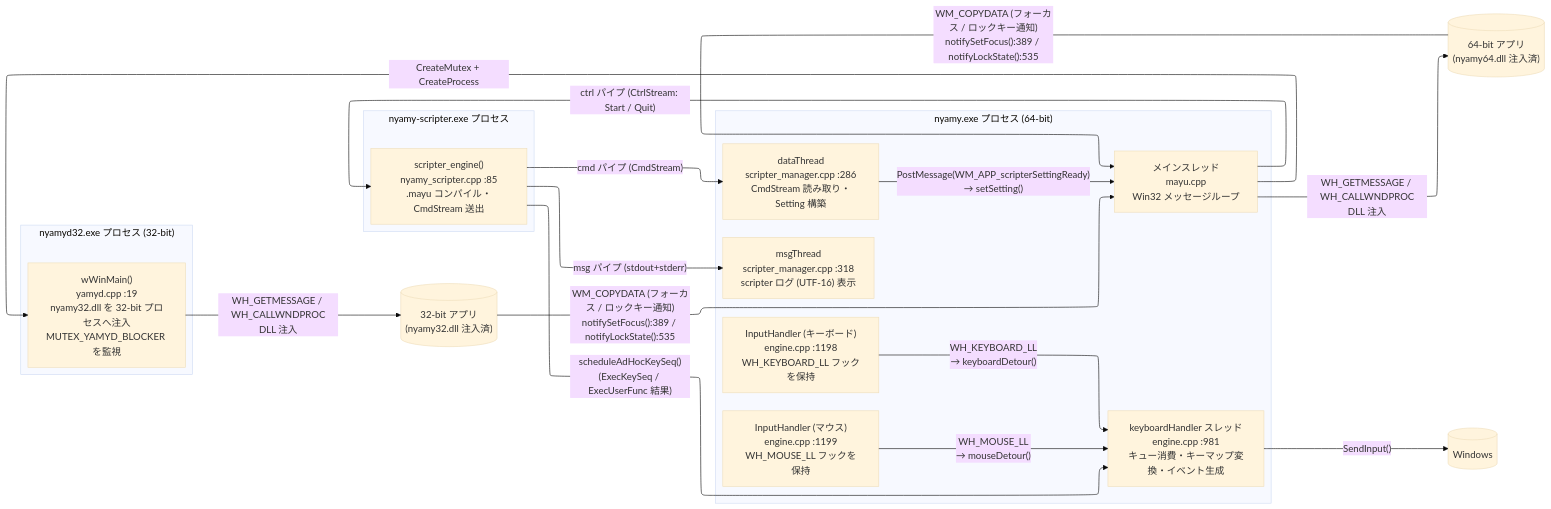
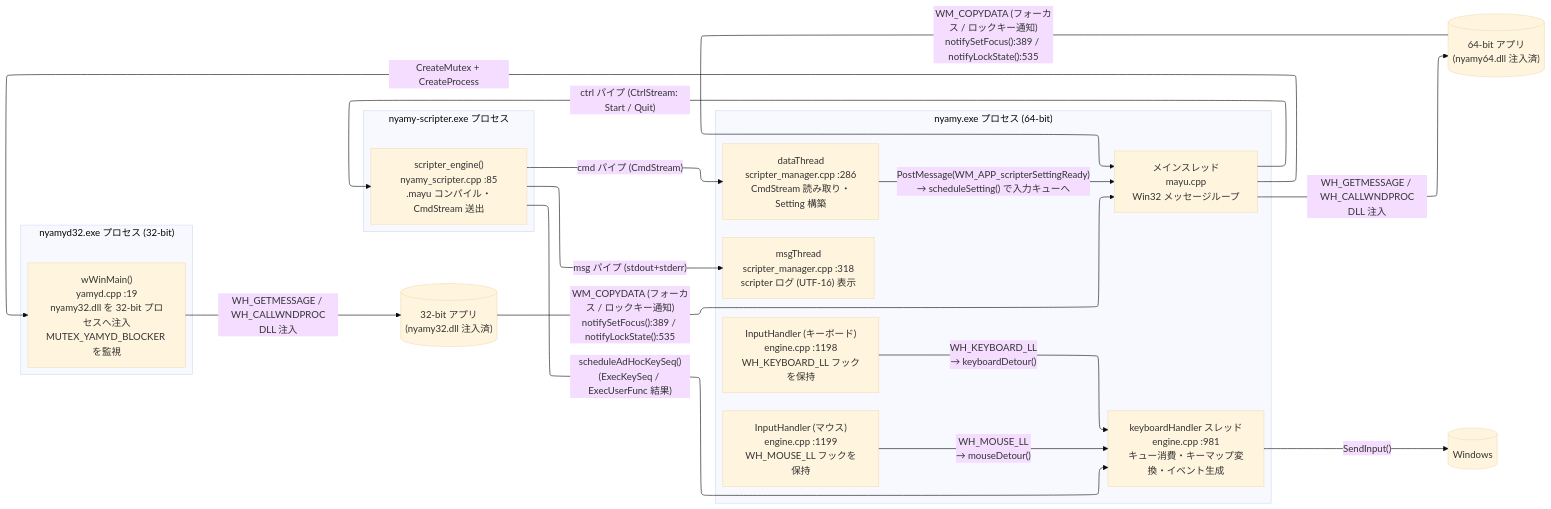
The fifth of 5 diagrams in doc/event-flow.md (vmi/nyamy), drawn with Mermaid (base theme) before and after one commit. The commit also changed other lines of this file and 3 other files, not shown here.

````diff
--- a/doc/event-flow.md
+++ b/doc/event-flow.md
@@ -258,41 +269,41 @@
 ```mermaid
 ---
 config:
   layout: elk
 ---
 flowchart LR
     subgraph proc_nyamy["nyamy.exe プロセス (64-bit)"]
         T_main["メインスレッド<br>mayu.cpp<br>Win32 メッセージループ"]
         T_kb["InputHandler (キーボード)<br>engine.cpp :1198<br>WH_KEYBOARD_LL フックを保持"]
         T_mouse["InputHandler (マウス)<br>engine.cpp :1199<br>WH_MOUSE_LL フックを保持"]
         T_handler["keyboardHandler スレッド<br>engine.cpp :981<br>キュー消費・キーマップ変換・イベント生成"]
         T_data["dataThread<br>scripter_manager.cpp :286<br>CmdStream 読み取り・Setting 構築"]
         T_msg["msgThread<br>scripter_manager.cpp :318<br>scripter ログ (UTF-16) 表示"]
     end
 
     subgraph proc_nyamyd["nyamyd32.exe プロセス (32-bit)"]
         T_nyamyd["wWinMain()<br>yamyd.cpp :19<br>nyamy32.dll を 32-bit プロセスへ注入<br>MUTEX_YAMYD_BLOCKER を監視"]
     end
 
     subgraph proc_sc["nyamy-scripter.exe プロセス"]
         T_sc["scripter_engine()<br>nyamy_scripter.cpp :85<br>.mayu コンパイル・CmdStream 送出"]
     end
 
     App32[("32-bit アプリ<br>(nyamy32.dll 注入済)")]
     App64[("64-bit アプリ<br>(nyamy64.dll 注入済)")]
     Windows[(Windows)]
 
     T_kb -->|"WH_KEYBOARD_LL<br>→ keyboardDetour()"| T_handler
     T_mouse -->|"WH_MOUSE_LL<br>→ mouseDetour()"| T_handler
     T_handler -->|"SendInput()"| Windows
-    T_data -->|"PostMessage(WM_APP_scripterSettingReady)<br>→ setSetting()"| T_main
+    T_data -->|"PostMessage(WM_APP_scripterSettingReady)<br>→ scheduleSetting() で入力キューへ"| T_main
     T_sc -->|"cmd パイプ (CmdStream)"| T_data
     T_sc -->|"msg パイプ (stdout+stderr)"| T_msg
     T_main -->|"ctrl パイプ (CtrlStream: Start / Quit)"| T_sc
     T_main -->|"CreateMutex + CreateProcess"| T_nyamyd
     T_nyamyd -->|"WH_GETMESSAGE / WH_CALLWNDPROC<br>DLL 注入"| App32
     T_main -->|"WH_GETMESSAGE / WH_CALLWNDPROC<br>DLL 注入"| App64
     App32 -->|"WM_COPYDATA (フォーカス / ロックキー通知)<br>notifySetFocus():389 / notifyLockState():535"| T_main
     App64 -->|"WM_COPYDATA (フォーカス / ロックキー通知)<br>notifySetFocus():389 / notifyLockState():535"| T_main
     T_sc -->|"scheduleAdHocKeySeq()<br>(ExecKeySeq / ExecUserFunc 結果)"| T_handler
 ```
````
